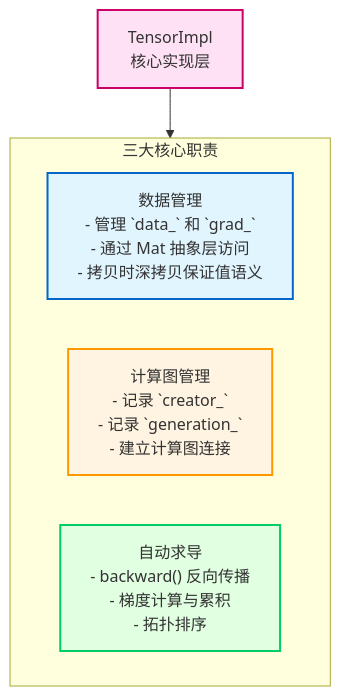
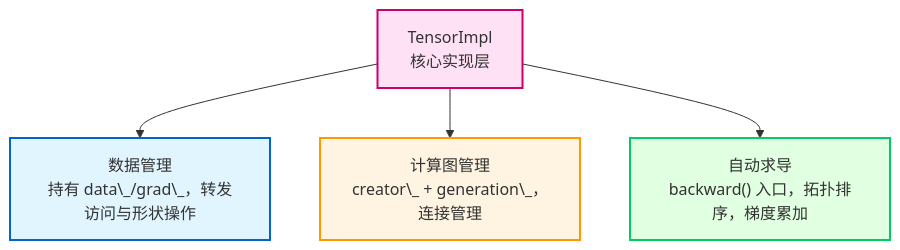
The sixth of 41 diagrams in docs/design/architecture.md (jinbooooom/OriginDL), drawn with Mermaid before and after one commit. The commit also changed other lines of this file, not shown here.

Commit message:
doc(design): restructure 2.5 chapter and simplify TensorImpl section

````diff
--- a/docs/design/architecture.md
+++ b/docs/design/architecture.md
@@ -378,17 +397,17 @@
 ```mermaid
 flowchart TD
     TensorImpl["TensorImpl<br/>核心实现层"]
     
-    subgraph Duties["三大核心职责"]
-        DataMgmt["数据管理<br/>- 管理 `data_` 和 `grad_`<br/>- 通过 Mat 抽象层访问<br/>- 拷贝时深拷贝保证值语义"]
-        GraphMgmt["计算图管理<br/>- 记录 `creator_`<br/>- 记录 `generation_`<br/>- 建立计算图连接"]
-        Autograd["自动求导<br/>- backward() 反向传播<br/>- 梯度计算与累积<br/>- 拓扑排序"]
-    end
+    DataMgmt["数据管理<br/>持有 data\_/grad\_，转发访问与形状操作"]
+    GraphMgmt["计算图管理<br/>creator\_ + generation\_，连接管理"]
+    Autograd["自动求导<br/>backward() 入口，拓扑排序，梯度累加"]
     
-    TensorImpl --> Duties
+    TensorImpl --> DataMgmt
+    TensorImpl --> GraphMgmt
+    TensorImpl --> Autograd
     
     style TensorImpl fill:#ffe1f5,stroke:#cc0066,stroke-width:2px
     style DataMgmt fill:#e1f5ff,stroke:#0066cc,stroke-width:2px
     style GraphMgmt fill:#fff4e1,stroke:#ff9900,stroke-width:2px
     style Autograd fill:#e1ffe1,stroke:#00cc66,stroke-width:2px
 ```
````
